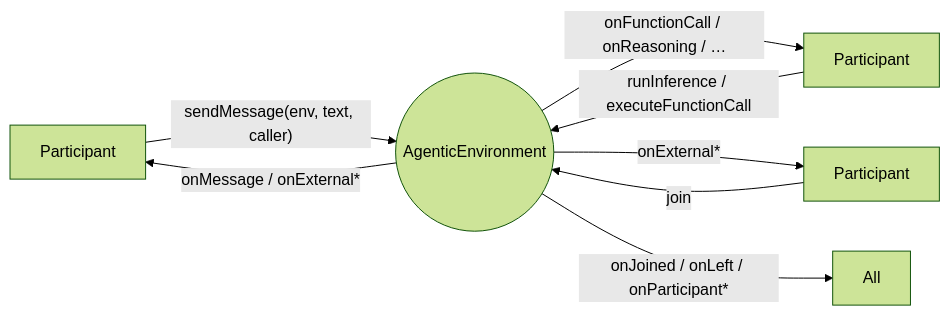
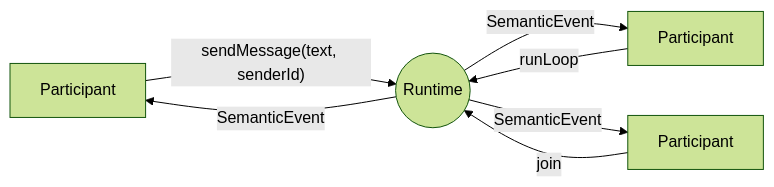
The second of 5 diagrams in README.md (jigjoy-io/mosaic), drawn with Mermaid (forest theme) before and after one commit. The commit also changed other lines of this file, not shown here.

````diff
--- a/README.md
+++ b/README.md
@@ -84,10 +247,9 @@
 ```mermaid
 flowchart LR
-    Human[Participant] -->|"sendMessage(env, text, caller)"| Env(("AgenticEnvironment"))
-    Agent[Participant] -->|"runInference / executeFunctionCall"| Env
-    Observer[Participant] -->|join| Env
-    Env -->|"onMessage / onExternal*"| Human
-    Env -->|"onFunctionCall / onReasoning / …"| Agent
-    Env -->|"onExternal*"| Observer
-    Env -->|"onJoined / onLeft / onParticipant*"| All
+    Human[Participant] -->|"sendMessage(text, senderId)"| Runtime(("Runtime"))
+    Agent[Participant] -->|"runLoop"| Runtime
+    Observer[Participant] -->|join| Runtime
+    Runtime -->|"SemanticEvent"| Human
+    Runtime -->|"SemanticEvent"| Agent
+    Runtime -->|"SemanticEvent"| Observer
 ```
````
